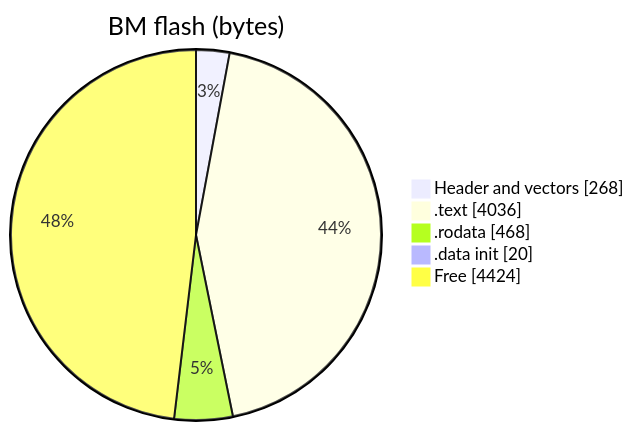
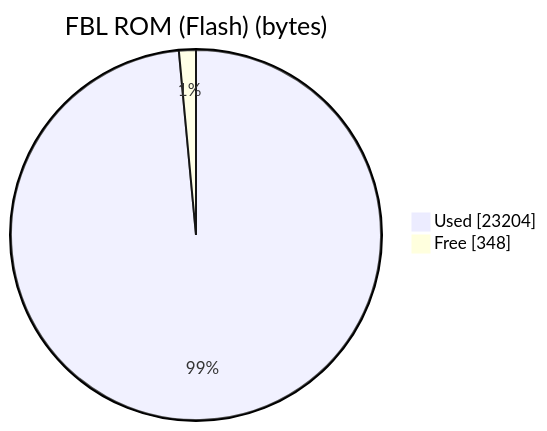
Before and after one commit to Marks100/HUB: the third of 6 diagrams in README.md, drawn with Mermaid. The commit also changed other lines of this file and 11 other files, not shown here.

````diff
--- a/README.md
+++ b/README.md
@@ -41,8 +42,5 @@
 ```mermaid
-pie showData title BM flash (bytes)
-    "Header and vectors" : 268
-    ".text" : 4036
-    ".rodata" : 468
-    ".data init" : 20
-    "Free" : 4424
+pie showData title FBL ROM (Flash) (bytes)
+    "Used" : 23204
+    "Free" : 348
 ```
````
